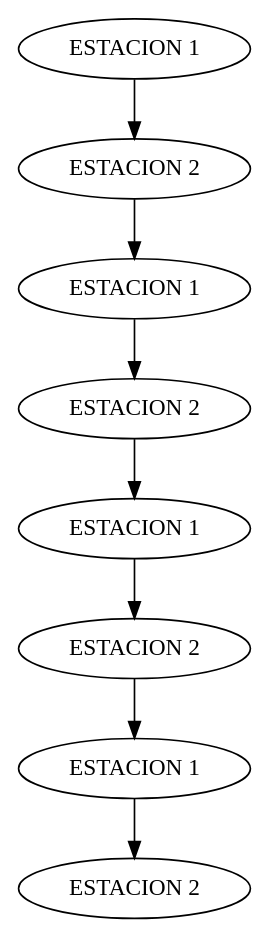
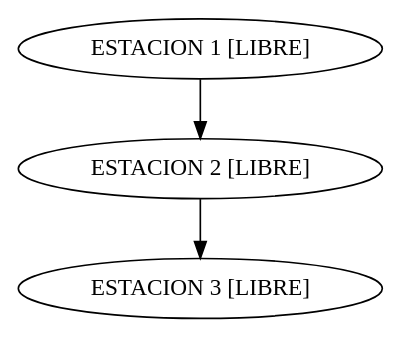
The diagram in IPC1 Proyecto 2/Proyecto2IPC/listaEstacion.dot (airton47/IPC1_201602836), drawn with Graphviz before and after one commit. The commit also changed 43 other files, not shown here.

```diff
--- a/IPC1 Proyecto 2/Proyecto2IPC/listaEstacion.dot
+++ b/IPC1 Proyecto 2/Proyecto2IPC/listaEstacion.dot
@@ -1,18 +1,8 @@
 digraph listaEstacion{
-nodo610958184[label="ESTACION 1"];
-nodo610958184->nodo743721677;
-nodo743721677[label="ESTACION 2"];
-nodo743721677->nodo1608245396;
-nodo1608245396[label="ESTACION 1"];
-nodo1608245396->nodo1391776363;
-nodo1391776363[label="ESTACION 2"];
-nodo1391776363->nodo1099522592;
-nodo1099522592[label="ESTACION 1"];
-nodo1099522592->nodo503818730;
-nodo503818730[label="ESTACION 2"];
-nodo503818730->nodo977861513;
-nodo977861513[label="ESTACION 1"];
-nodo977861513->nodo104349974;
-nodo104349974[label="ESTACION 2"];
+nodo1991277631[label="ESTACION 1 [LIBRE]"];
+nodo1991277631->nodo528685509;
+nodo528685509[label="ESTACION 2 [LIBRE]"];
+nodo528685509->nodo887247081;
+nodo887247081[label="ESTACION 3 [LIBRE]"];
 
 }
```
